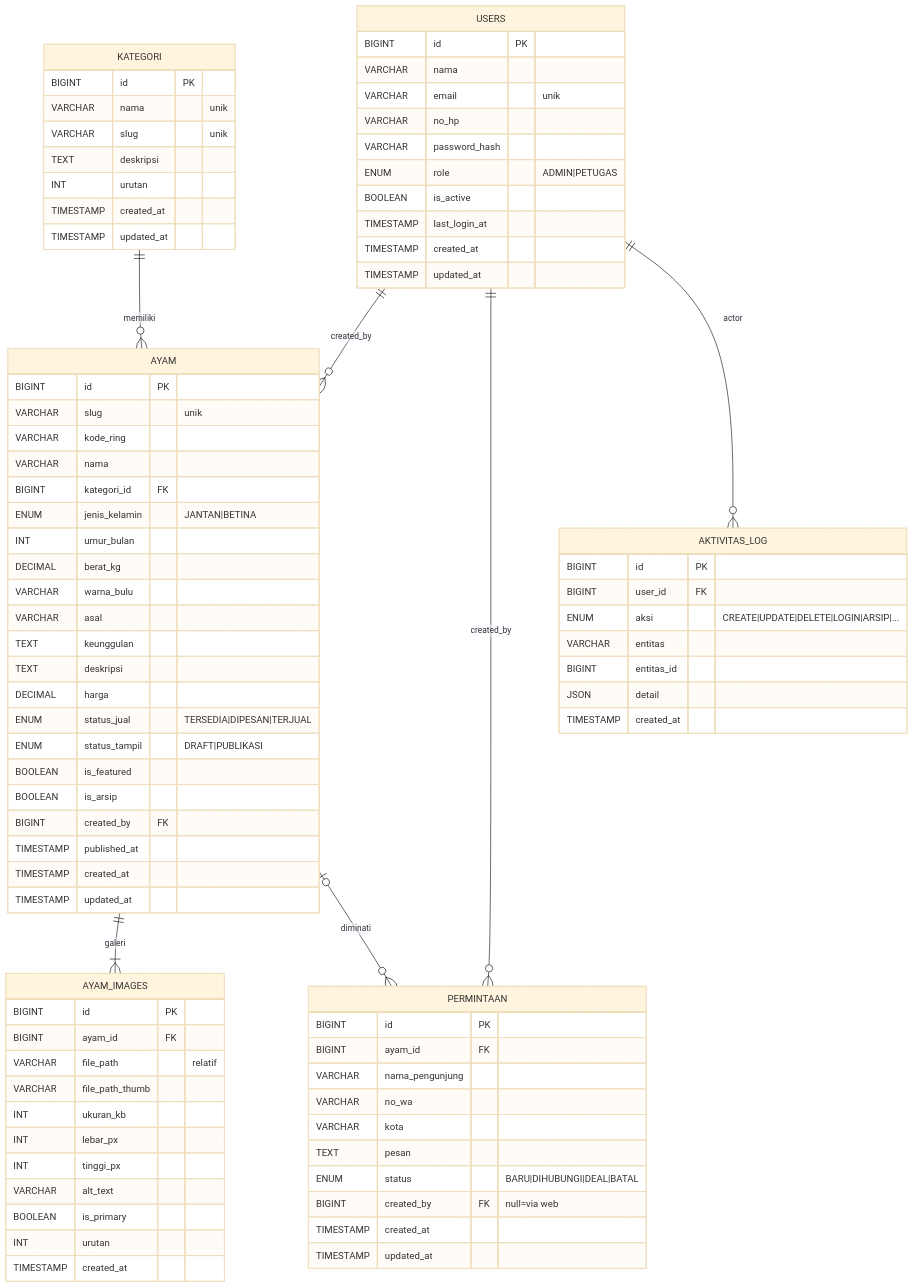
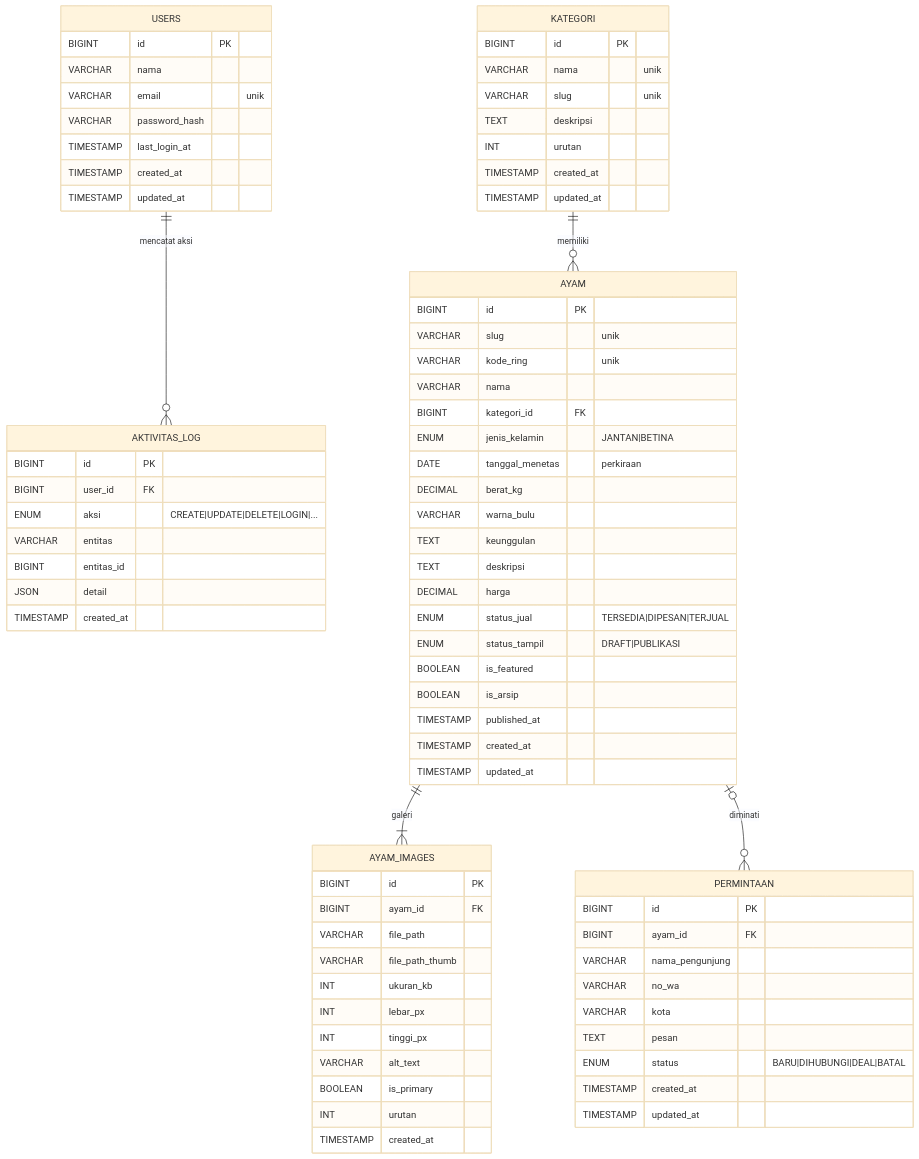
The diagram in docs/ERD.md (anggarabudiyantooo-hub/hw-catalog), drawn with Mermaid (base theme) before and after one commit. The commit also changed other lines of this file and 14 other files, not shown here.

Commit message:
docs(design): revisi M0 rev2 — usia dari tanggal menetas, tanpa asal kota, pemilik tunggal

````diff
--- a/docs/ERD.md
+++ b/docs/ERD.md
@@ -29,8 +30,6 @@
 ```mermaid
 erDiagram
-    USERS ||--o{ AYAM : "created_by"
-    USERS ||--o{ PERMINTAAN : "created_by"
-    USERS ||--o{ AKTIVITAS_LOG : "actor"
+    USERS ||--o{ AKTIVITAS_LOG : "mencatat aksi"
 
     KATEGORI ||--o{ AYAM : "memiliki"
 
@@ -41,10 +40,7 @@
         BIGINT id PK
         VARCHAR nama
         VARCHAR email "unik"
-        VARCHAR no_hp
         VARCHAR password_hash
-        ENUM role "ADMIN|PETUGAS"
-        BOOLEAN is_active
         TIMESTAMP last_login_at
         TIMESTAMP created_at
         TIMESTAMP updated_at
@@ -61,14 +57,13 @@
     AYAM {
         BIGINT id PK
         VARCHAR slug "unik"
-        VARCHAR kode_ring
+        VARCHAR kode_ring "unik"
         VARCHAR nama
         BIGINT kategori_id FK
         ENUM jenis_kelamin "JANTAN|BETINA"
-        INT umur_bulan
+        DATE tanggal_menetas "perkiraan"
         DECIMAL berat_kg
         VARCHAR warna_bulu
-        VARCHAR asal
         TEXT keunggulan
         TEXT deskripsi
         DECIMAL harga
@@ -76,7 +71,6 @@
         ENUM status_tampil "DRAFT|PUBLIKASI"
         BOOLEAN is_featured
         BOOLEAN is_arsip
-        BIGINT created_by FK
         TIMESTAMP published_at
         TIMESTAMP created_at
         TIMESTAMP updated_at
@@ -84,7 +78,7 @@
     AYAM_IMAGES {
         BIGINT id PK
         BIGINT ayam_id FK
-        VARCHAR file_path "relatif"
+        VARCHAR file_path
         VARCHAR file_path_thumb
         INT ukuran_kb
         INT lebar_px
@@ -102,14 +96,13 @@
         VARCHAR kota
         TEXT pesan
         ENUM status "BARU|DIHUBUNGI|DEAL|BATAL"
-        BIGINT created_by FK "null=via web"
         TIMESTAMP created_at
         TIMESTAMP updated_at
     }
     AKTIVITAS_LOG {
         BIGINT id PK
         BIGINT user_id FK
-        ENUM aksi "CREATE|UPDATE|DELETE|LOGIN|ARSIP|..."
+        ENUM aksi "CREATE|UPDATE|DELETE|LOGIN|..."
         VARCHAR entitas
         BIGINT entitas_id
         JSON detail
````
